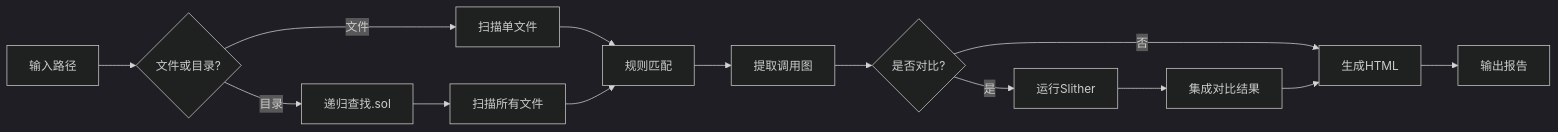
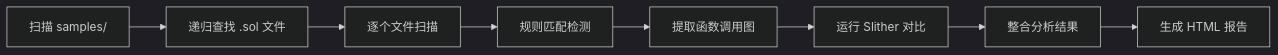
One commit to yw-1021/SolidityStaticAnalyzer changed the diagram in README.md. Above: the diagram before and after it, drawn with Mermaid (dark theme). The commit also changed other lines of this file and 3 other files, not shown here.

````diff
--- a/README.md
+++ b/README.md
@@ -174,16 +122,10 @@
 ```mermaid
 graph LR
-    A[输入路径] --> B{文件或目录?}
-    B -->|文件| C[扫描单文件]
-    B -->|目录| D[递归查找.sol]
-    D --> E[扫描所有文件]
-    C --> F[规则匹配]
-    E --> F
-    F --> G[提取调用图]
-    G --> H{是否对比?}
-    H -->|是| I[运行Slither]
-    H -->|否| J[生成HTML]
-    I --> K[集成对比结果]
-    K --> J
-    J --> L[输出报告]
+    A[扫描 samples/] --> B[递归查找 .sol 文件]
+    B --> C[逐个文件扫描]
+    C --> D[规则匹配检测]
+    D --> E[提取函数调用图]
+    E --> F[运行 Slither 对比]
+    F --> G[整合分析结果]
+    G --> H[生成 HTML 报告]
 ```
````
